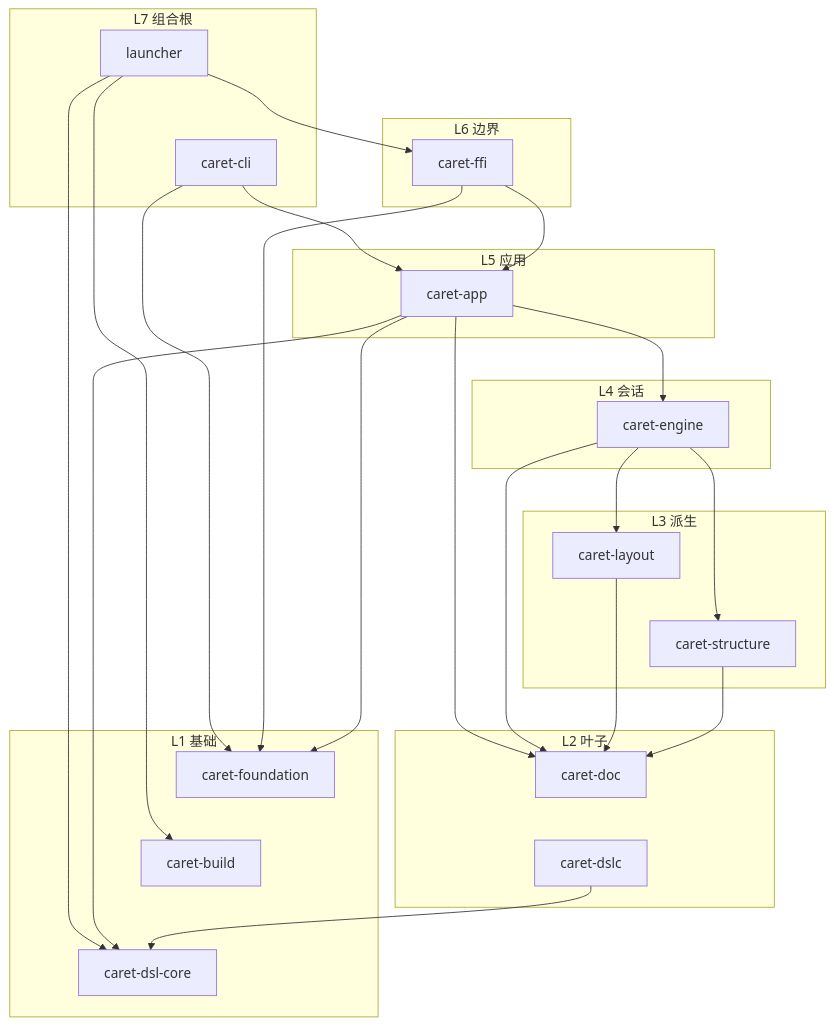
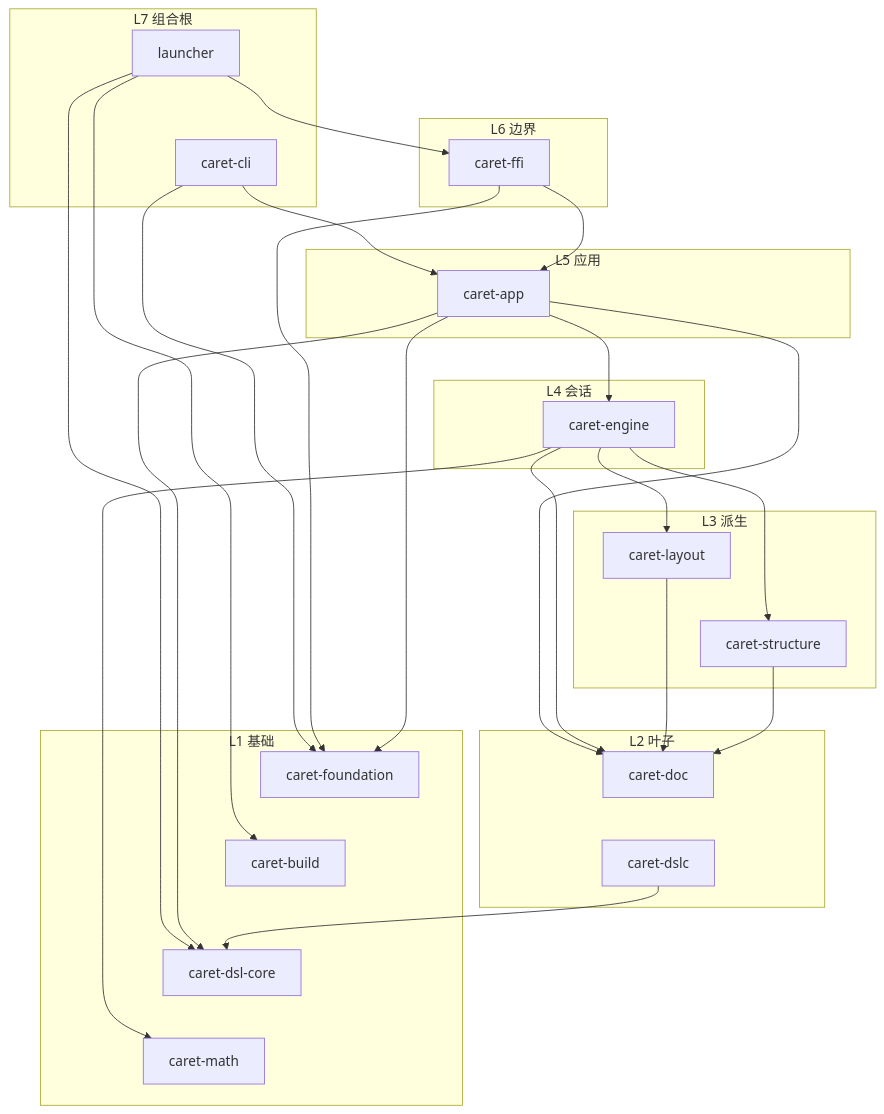
Before and after one commit to VibeSTEM/caret: the first of 2 diagrams in ai-docs/standards/layering/dependency-graphs.md, drawn with Mermaid. The commit also changed 77 other files, not shown here.

````diff
--- a/ai-docs/standards/layering/dependency-graphs.md
+++ b/ai-docs/standards/layering/dependency-graphs.md
@@ -5,52 +5,55 @@
 ```mermaid
 flowchart TB
   subgraph L7["L7 组合根"]
     launcher["launcher"]
     cli["caret-cli"]
   end
   subgraph L6["L6 边界"]
     ffi["caret-ffi"]
   end
   subgraph L5["L5 应用"]
     app["caret-app"]
   end
   subgraph L4["L4 会话"]
     engine["caret-engine"]
   end
   subgraph L3["L3 派生"]
     layout["caret-layout"]
     structure["caret-structure"]
   end
   subgraph L2["L2 叶子"]
     doc["caret-doc"]
     dslc["caret-dslc"]
   end
   subgraph L1["L1 基础"]
     foundation["caret-foundation"]
     build["caret-build"]
     dslcore["caret-dsl-core"]
+    math["caret-math"]
   end
 
   launcher --> ffi
   launcher --> build
   launcher --> dslcore
   cli --> app
   cli --> foundation
   launcher ~~~ cli
   ffi --> app
   ffi --> foundation
   app --> engine
   app --> dslcore
   app --> doc
   app --> foundation
   engine --> doc
+  engine --> math
   engine --> layout
   engine --> structure
   layout --> doc
   structure --> doc
   dslc --> dslcore
   layout ~~~ structure
   doc ~~~ dslc
   foundation ~~~ build
   build ~~~ dslcore
+  dslcore ~~~ math
 ```
````
